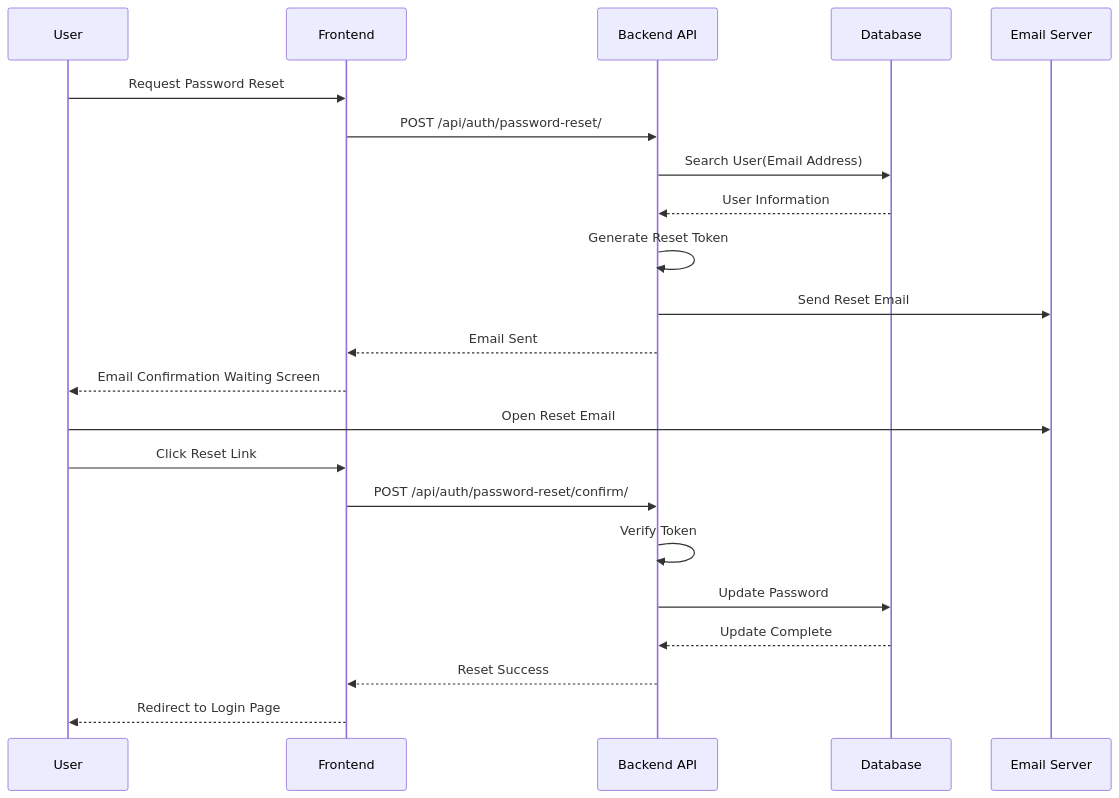
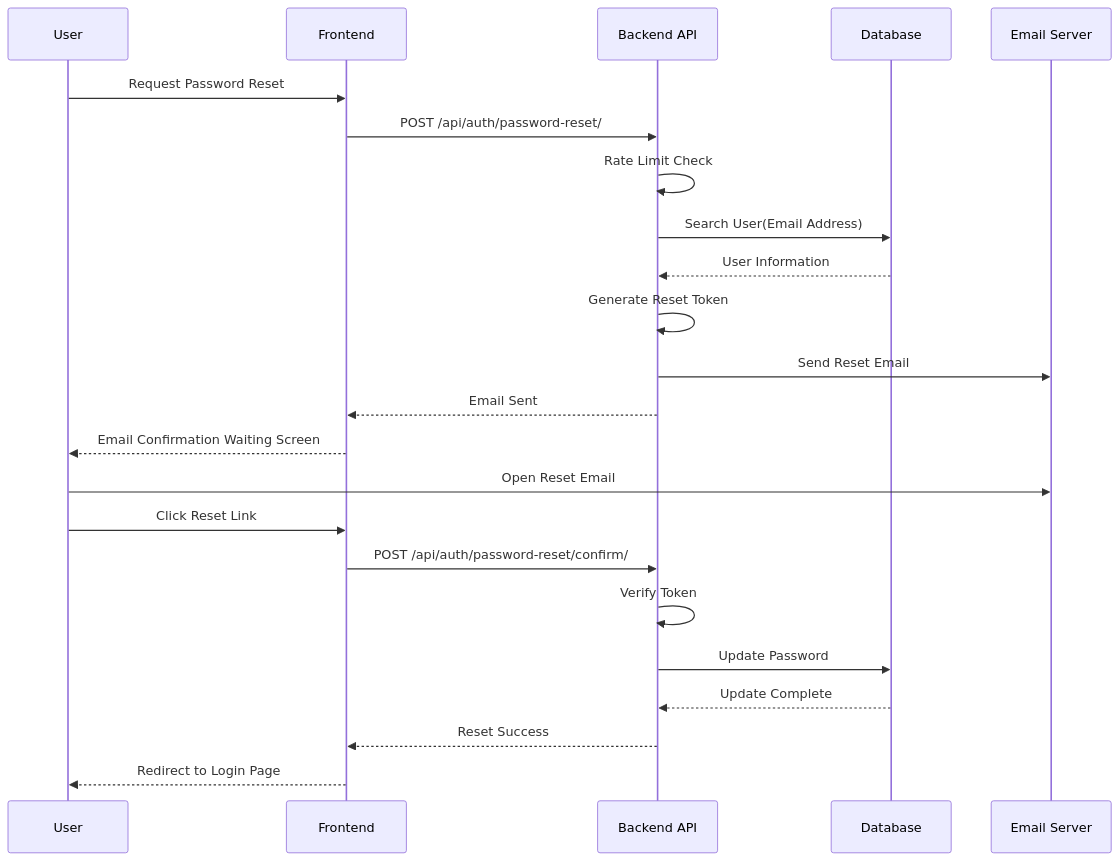
Before and after one commit to yukiharada1228/videoq: the sixth of 7 diagrams in docs/design/sequence-diagram.md, drawn with Mermaid. The commit also changed other lines of this file and 7 other files, not shown here.

Commit message:
docs: update diagrams and README for rate limits, CACHE_URL, and popular scenes

````diff
--- a/docs/design/sequence-diagram.md
+++ b/docs/design/sequence-diagram.md
@@ -201,26 +204,27 @@
 ```mermaid
 sequenceDiagram
     participant User as User
     participant Frontend as Frontend
     participant Backend as Backend API
     participant DB as Database
     participant Email as Email Server
 
     User->>Frontend: Request Password Reset
     Frontend->>Backend: POST /api/auth/password-reset/
+    Backend->>Backend: Rate Limit Check
     Backend->>DB: Search User(Email Address)
     DB-->>Backend: User Information
     Backend->>Backend: Generate Reset Token
     Backend->>Email: Send Reset Email
     Backend-->>Frontend: Email Sent
     Frontend-->>User: Email Confirmation Waiting Screen
     
     User->>Email: Open Reset Email
     User->>Frontend: Click Reset Link
     Frontend->>Backend: POST /api/auth/password-reset/confirm/
     Backend->>Backend: Verify Token
     Backend->>DB: Update Password
     DB-->>Backend: Update Complete
     Backend-->>Frontend: Reset Success
     Frontend-->>User: Redirect to Login Page
 ```
````
